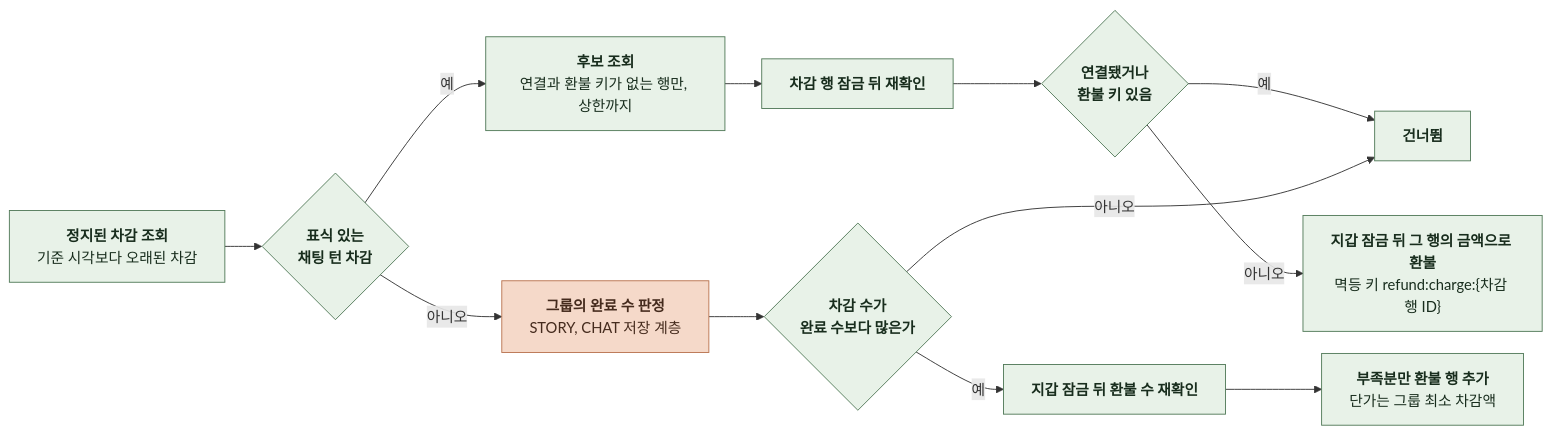
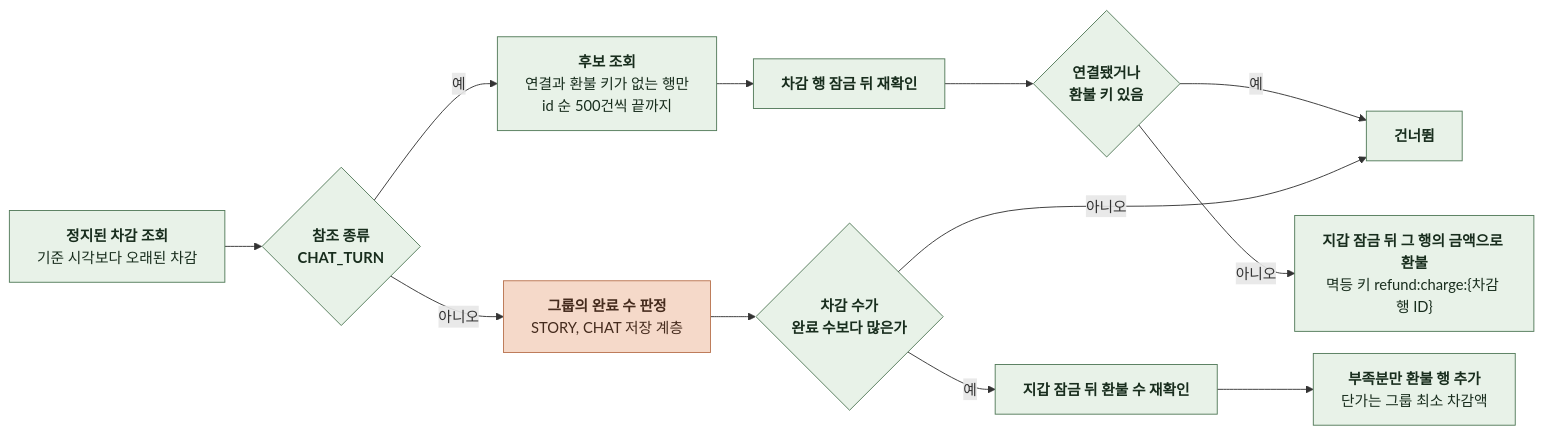
Diagram 14 of 14 in docs/domain/PAYMENT/BACKEND/4-1-PIPELINES.md (KIM-N-KANG/knk-harness), drawn with Mermaid before and after one commit. The commit also changed other lines of this file and 15 other files, not shown here.

Commit message:
[KNK-1760] Docs: 채팅 턴 차감을 CHAT_TURN 참조로 분리하고 과거 환불 키와 키셋 순회 반영

````diff
--- a/docs/domain/PAYMENT/BACKEND/4-1-PIPELINES.md
+++ b/docs/domain/PAYMENT/BACKEND/4-1-PIPELINES.md
@@ -398,27 +398,28 @@
 ```mermaid
 %%{init: {"flowchart": {"curve": "basis", "nodeSpacing": 24, "rankSpacing": 40}}}%%
 flowchart LR
     A["`**정지된 차감 조회**
-기준 시각보다 오래된 차감`"] --> K{"`**표식 있는
-채팅 턴 차감**`"}
+기준 시각보다 오래된 차감`"] --> K{"`**참조 종류
+CHAT_TURN**`"}
     K -->|예| R0["`**후보 조회**
-연결과 환불 키가 없는 행만, 상한까지`"]
+연결과 환불 키가 없는 행만
+id 순 500건씩 끝까지`"]
     R0 --> R1["`**차감 행 잠금 뒤 재확인**`"]
     R1 --> R2{"`**연결됐거나
 환불 키 있음**`"}
     R2 -->|예| N["`**건너뜀**`"]
     R2 -->|아니오| R3["`**지갑 잠금 뒤 그 행의 금액으로 환불**
 멱등 키 refund:charge:{차감 행 ID}`"]
     K -->|아니오| B["`**그룹의 완료 수 판정**
 STORY, CHAT 저장 계층`"]
     B --> C{"`**차감 수가
 완료 수보다 많은가**`"}
     C -->|아니오| N
     C -->|예| D["`**지갑 잠금 뒤 환불 수 재확인**`"]
     D --> E["`**부족분만 환불 행 추가**
 단가는 그룹 최소 차감액`"]
     classDef comp fill:#E8F2E8,stroke:#527A59,color:#182D1D
     classDef task fill:#F5D9C9,stroke:#B97450,color:#452B1D
     class A,K,R0,R1,R2,R3,C,D,E,N comp
     class B task
 ```
````
